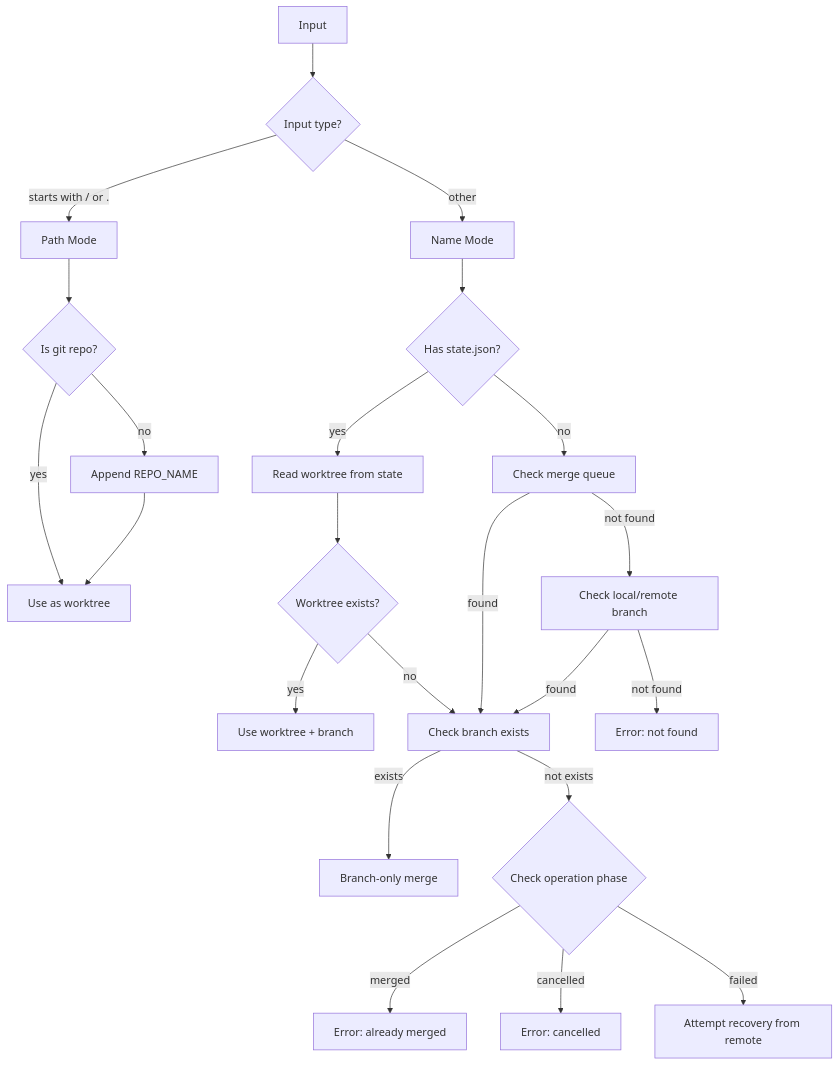
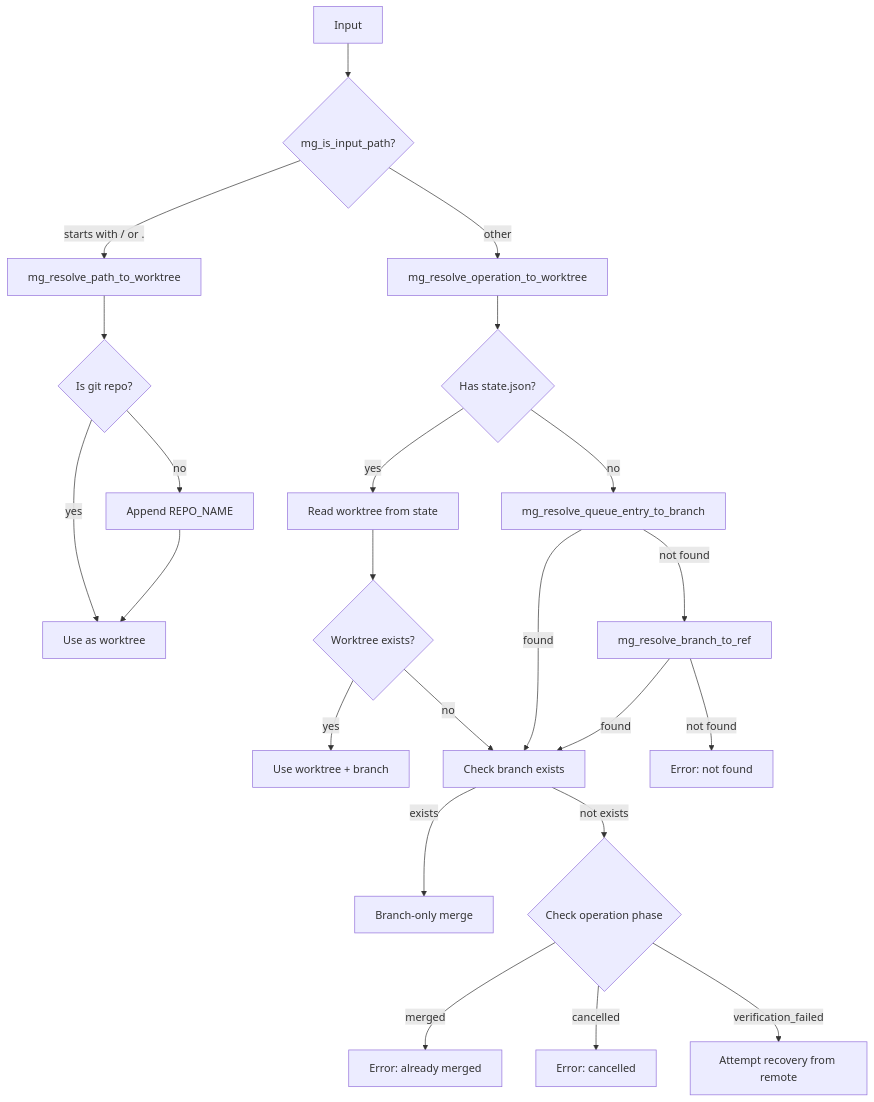
One commit to alfredjeanlab/v0 changed the second of 5 diagrams in docs/arch/commands/v0-merge.md. Above: the diagram before and after it, drawn with Mermaid. The commit also changed other lines of this file and 1 other file, not shown here.

First line of the commit message:
Chore: update merge docs to match implementation

````diff
--- a/docs/arch/commands/v0-merge.md
+++ b/docs/arch/commands/v0-merge.md
@@ -96,32 +98,32 @@
 ```mermaid
 flowchart TD
-    input[Input] --> check{Input type?}
+    input[Input] --> check{mg_is_input_path?}
 
-    check -->|"starts with / or ."| path_mode[Path Mode]
-    check -->|"other"| name_mode[Name Mode]
+    check -->|"starts with / or ."| path_mode[mg_resolve_path_to_worktree]
+    check -->|"other"| name_mode[mg_resolve_operation_to_worktree]
 
     path_mode --> is_git{Is git repo?}
     is_git -->|yes| use_as_wt[Use as worktree]
     is_git -->|no| append_repo[Append REPO_NAME]
     append_repo --> use_as_wt
 
     name_mode --> has_state{Has state.json?}
     has_state -->|yes| read_wt[Read worktree from state]
-    has_state -->|no| fallback1[Check merge queue]
+    has_state -->|no| fallback1[mg_resolve_queue_entry_to_branch]
 
     read_wt --> wt_exists{Worktree exists?}
     wt_exists -->|yes| use_wt[Use worktree + branch]
     wt_exists -->|no| check_branch[Check branch exists]
 
     fallback1 -->|found| check_branch
-    fallback1 -->|not found| fallback2[Check local/remote branch]
+    fallback1 -->|not found| fallback2[mg_resolve_branch_to_ref]
     fallback2 -->|found| check_branch
     fallback2 -->|not found| error[Error: not found]
 
     check_branch -->|exists| branch_only[Branch-only merge]
     check_branch -->|not exists| check_phase{Check operation phase}
 
     check_phase -->|merged| error_merged[Error: already merged]
     check_phase -->|cancelled| error_cancelled[Error: cancelled]
-    check_phase -->|failed| attempt_recovery[Attempt recovery from remote]
+    check_phase -->|verification_failed| attempt_recovery[Attempt recovery from remote]
 ```
````
